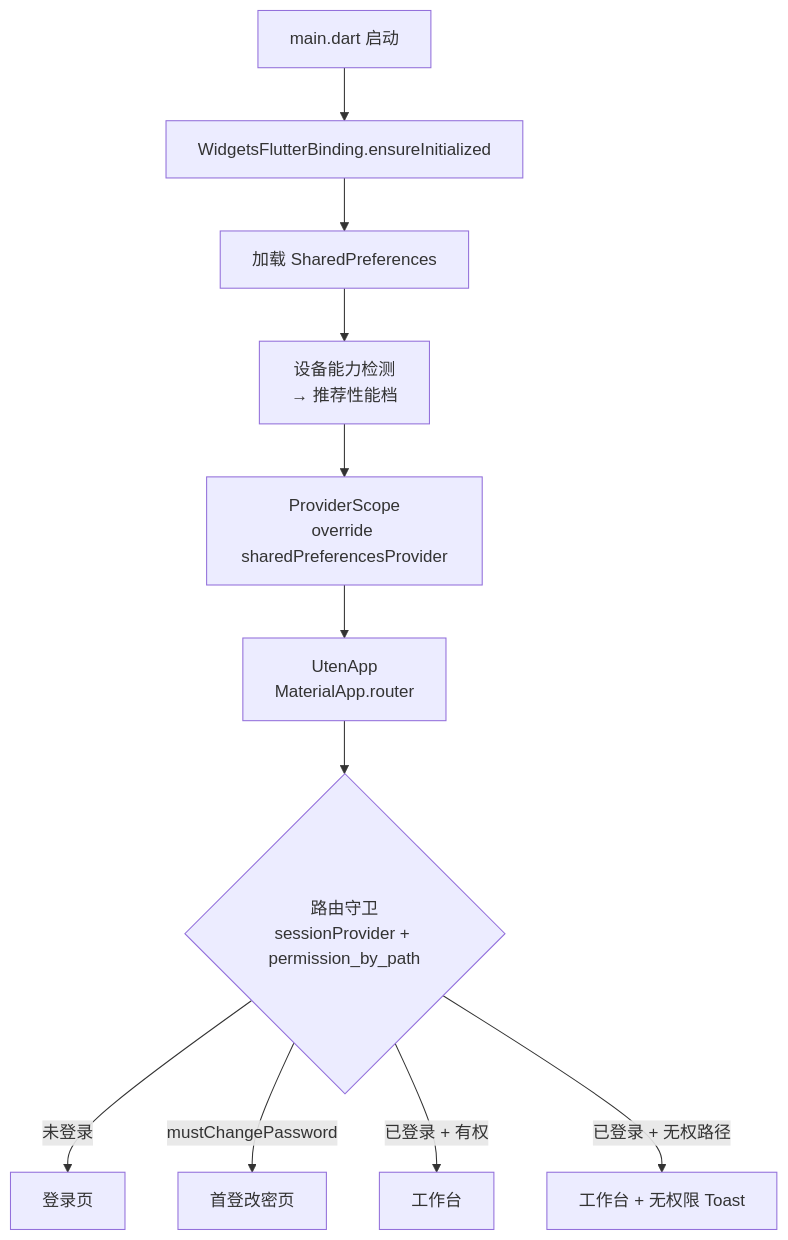
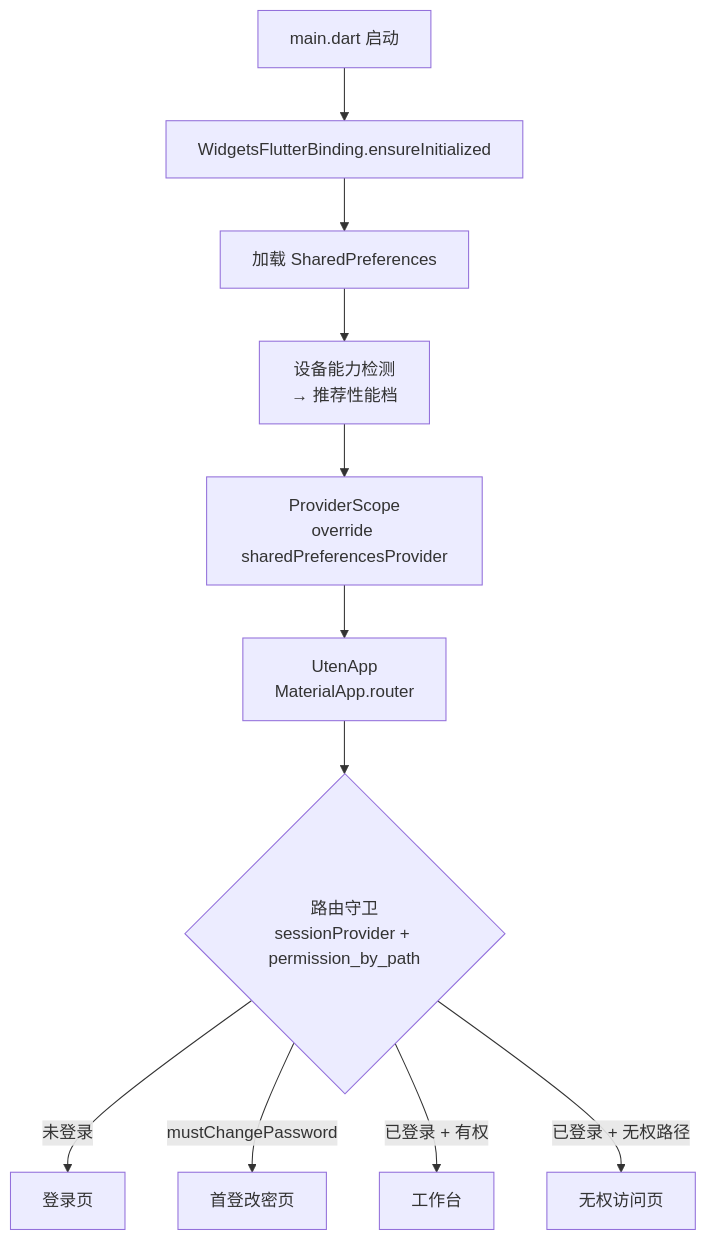
One commit to BruceChu0424/utenelec_imp changed the seventh of 7 diagrams in docs/05-架构/架构总览.md. Above: the diagram before and after it, drawn with Mermaid. The commit also changed other lines of this file and 19 other files, not shown here.

````diff
--- a/docs/05-架构/架构总览.md
+++ b/docs/05-架构/架构总览.md
@@ -333,13 +339,13 @@
 ```mermaid
 flowchart TD
     Start[main.dart 启动] --> Init[WidgetsFlutterBinding.ensureInitialized]
     Init --> Prefs[加载 SharedPreferences]
     Prefs --> Probe[设备能力检测\n→ 推荐性能档]
     Probe --> Scope[ProviderScope\noverride sharedPreferencesProvider]
     Scope --> App[UtenApp\nMaterialApp.router]
     App --> Router{路由守卫\nsessionProvider + permission_by_path}
     Router -->|未登录| Login[登录页]
     Router -->|mustChangePassword| ChangePwd[首登改密页]
     Router -->|已登录 + 有权| Dash[工作台]
-    Router -->|已登录 + 无权路径| DashWithToast[工作台 + 无权限 Toast]
+    Router -->|已登录 + 无权路径| Denied[无权访问页]
 ```
````
